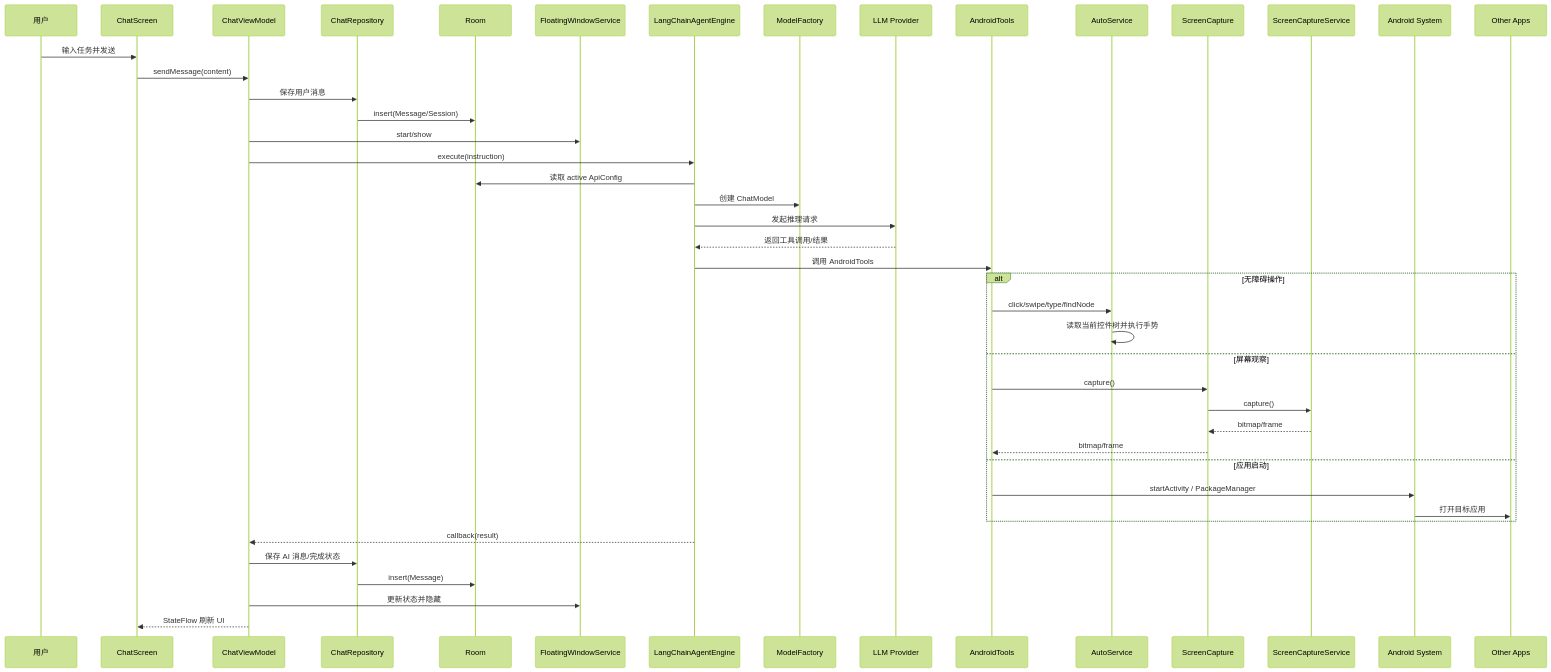
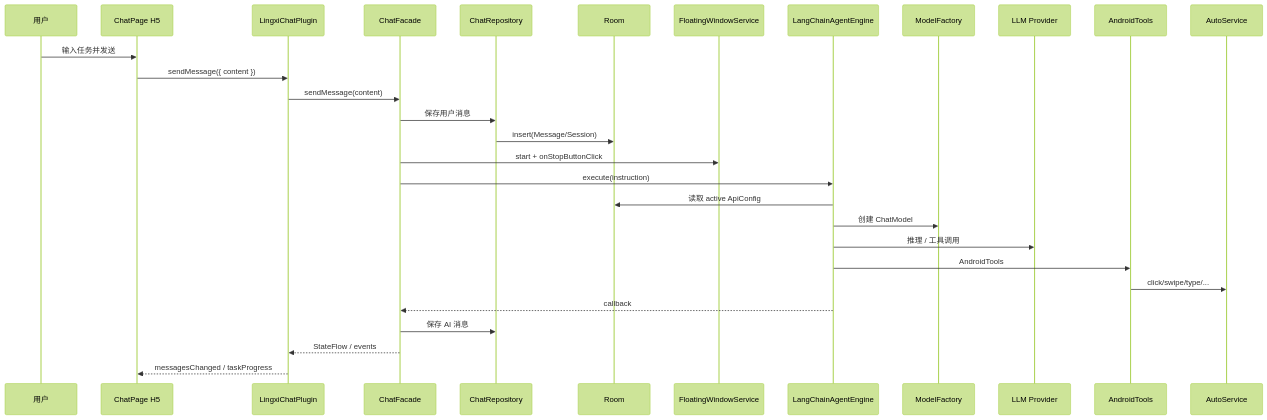
One commit to z-ph/MyApplication changed the second of 2 diagrams in docs/project-architecture.md. Above: the diagram before and after it, drawn with Mermaid (forest theme). The commit also changed other lines of this file and 3 other files, not shown here.

First line of the commit message:
docs: update architecture for React H5 shell

````diff
--- a/docs/project-architecture.md
+++ b/docs/project-architecture.md
@@ -119,50 +127,32 @@
 ```mermaid
 sequenceDiagram
     participant U as 用户
-    participant CS as ChatScreen
-    participant VM as ChatViewModel
+    participant H5 as ChatPage H5
+    participant P as LingxiChatPlugin
+    participant CF as ChatFacade
     participant CR as ChatRepository
     participant DB as Room
     participant FW as FloatingWindowService
     participant AE as LangChainAgentEngine
     participant MF as ModelFactory
     participant LLM as LLM Provider
     participant T as AndroidTools
     participant AS as AutoService
-    participant SM as ScreenCapture
-    participant SC as ScreenCaptureService
-    participant OS as Android System
-    participant APP as Other Apps
 
-    U->>CS: 输入任务并发送
-    CS->>VM: sendMessage(content)
-    VM->>CR: 保存用户消息
+    U->>H5: 输入任务并发送
+    H5->>P: sendMessage({ content })
+    P->>CF: sendMessage(content)
+    CF->>CR: 保存用户消息
     CR->>DB: insert(Message/Session)
-
-    VM->>FW: start/show
-    VM->>AE: execute(instruction)
+    CF->>FW: start + onStopButtonClick
+    CF->>AE: execute(instruction)
     AE->>DB: 读取 active ApiConfig
     AE->>MF: 创建 ChatModel
-    AE->>LLM: 发起推理请求
-    LLM-->>AE: 返回工具调用/结果
-
-    AE->>T: 调用 AndroidTools
-    alt 无障碍操作
-        T->>AS: click/swipe/type/findNode
-        AS->>AS: 读取当前控件树并执行手势
-    else 屏幕观察
-        T->>SM: capture()
-        SM->>SC: capture()
-        SC-->>SM: bitmap/frame
-        SM-->>T: bitmap/frame
-    else 应用启动
-        T->>OS: startActivity / PackageManager
-        OS->>APP: 打开目标应用
-    end
-
-    AE-->>VM: callback(result)
-    VM->>CR: 保存 AI 消息/完成状态
-    CR->>DB: insert(Message)
-    VM->>FW: 更新状态并隐藏
-    VM-->>CS: StateFlow 刷新 UI
+    AE->>LLM: 推理 / 工具调用
+    AE->>T: AndroidTools
+    T->>AS: click/swipe/type/...
+    AE-->>CF: callback
+    CF->>CR: 保存 AI 消息
+    CF-->>P: StateFlow / events
+    P-->>H5: messagesChanged / taskProgress
 ```
````
